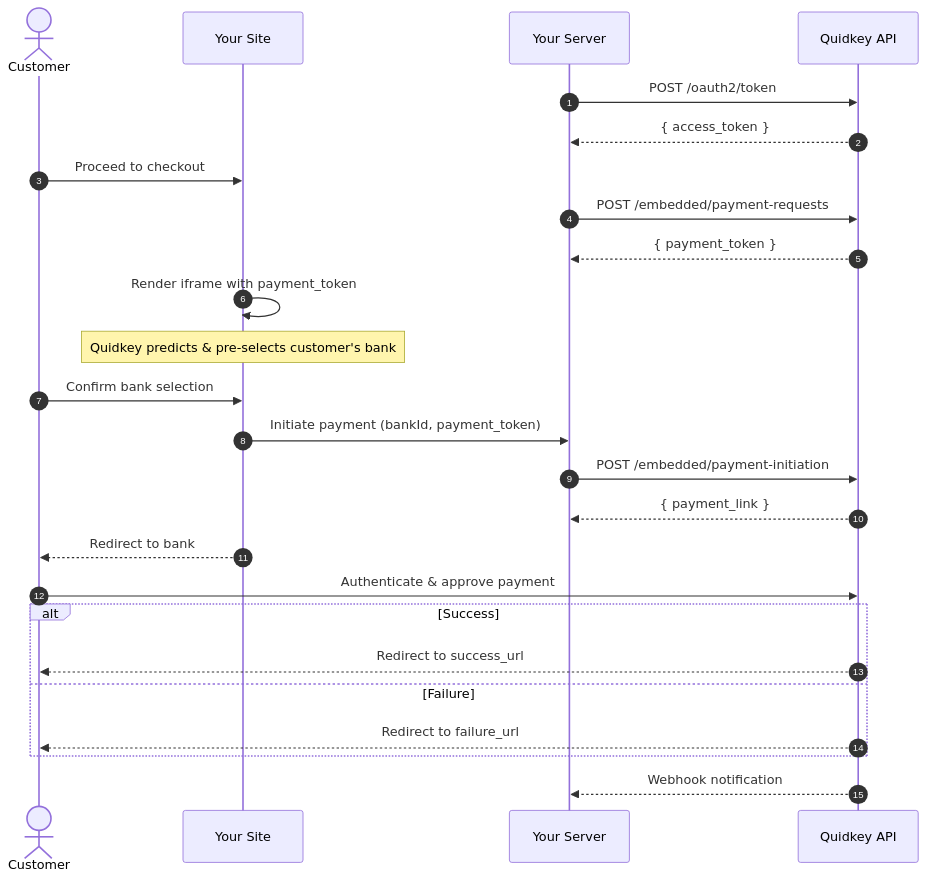
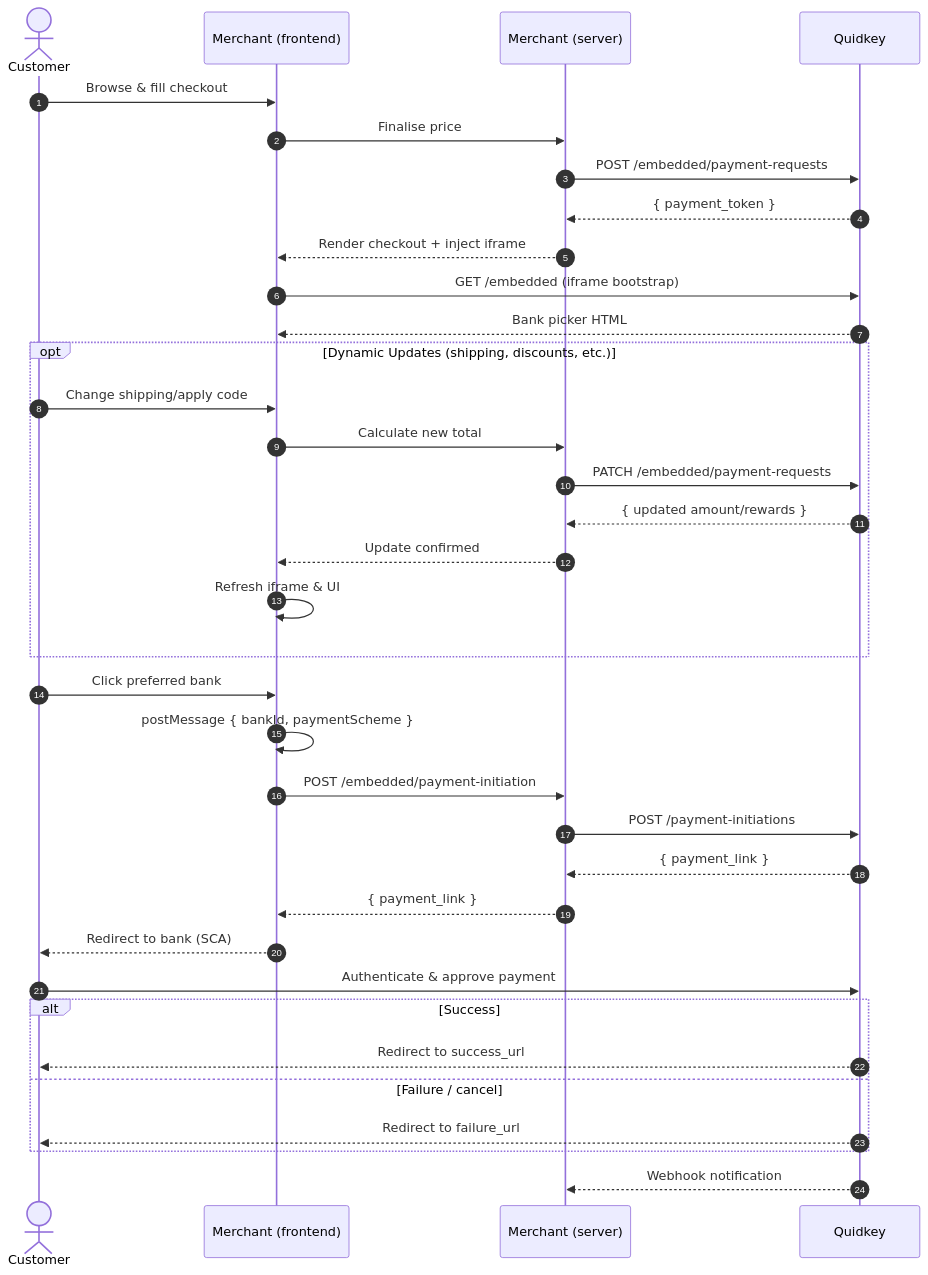
One commit to Banqzinc/docs changed the diagram in guides/embedded-flow/overview.mdx. Above: the diagram before and after it, drawn with Mermaid. The commit also changed other lines of this file and 7 other files, not shown here.

First line of the commit message:
Update Embedded Flow documentation to clarify integration with Stripe

````diff
--- a/guides/embedded-flow/overview.mdx
+++ b/guides/embedded-flow/overview.mdx
@@ -45,28 +57,37 @@
 ```mermaid
 sequenceDiagram
     autonumber
     actor Customer
-    participant Merchant as Your Site
-    participant Backend as Your Server
-    participant Quidkey as Quidkey API
-
-    Backend->>Quidkey: POST /oauth2/token
-    Quidkey-->>Backend: { access_token }
-    Customer->>Merchant: Proceed to checkout
+    participant Merchant as Merchant (frontend)
+    participant Backend as Merchant (server)
+    participant Quidkey
+    Customer->>Merchant: Browse & fill checkout
+    Merchant->>Backend: Finalise price
     Backend->>Quidkey: POST /embedded/payment-requests
     Quidkey-->>Backend: { payment_token }
-    Merchant->>Merchant: Render iframe with payment_token
-    Note over Merchant: Quidkey predicts & pre-selects customer's bank
-    Customer->>Merchant: Confirm bank selection
-    Merchant->>Backend: Initiate payment (bankId, payment_token)
-    Backend->>Quidkey: POST /embedded/payment-initiation
+    Backend-->>Merchant: Render checkout + inject iframe
+    Merchant->>Quidkey: GET /embedded (iframe bootstrap)
+    Quidkey-->>Merchant: Bank picker HTML
+    opt Dynamic Updates (shipping, discounts, etc.)
+        Customer->>Merchant: Change shipping/apply code
+        Merchant->>Backend: Calculate new total
+        Backend->>Quidkey: PATCH /embedded/payment-requests
+        Quidkey-->>Backend: { updated amount/rewards }
+        Backend-->>Merchant: Update confirmed
+        Merchant->>Merchant: Refresh iframe & UI
+    end
+    Customer->>Merchant: Click preferred bank
+    Merchant->>Merchant: postMessage { bankId, paymentScheme }
+    Merchant->>Backend: POST /embedded/payment-initiation
+    Backend->>Quidkey: POST /payment-initiations
     Quidkey-->>Backend: { payment_link }
-    Merchant-->>Customer: Redirect to bank
+    Backend-->>Merchant: { payment_link }
+    Merchant-->>Customer: Redirect to bank (SCA)
     Customer->>Quidkey: Authenticate & approve payment
     alt Success
         Quidkey-->>Customer: Redirect to success_url
-    else Failure
+    else Failure / cancel
         Quidkey-->>Customer: Redirect to failure_url
     end
     Quidkey-->>Backend: Webhook notification
 ```
````
